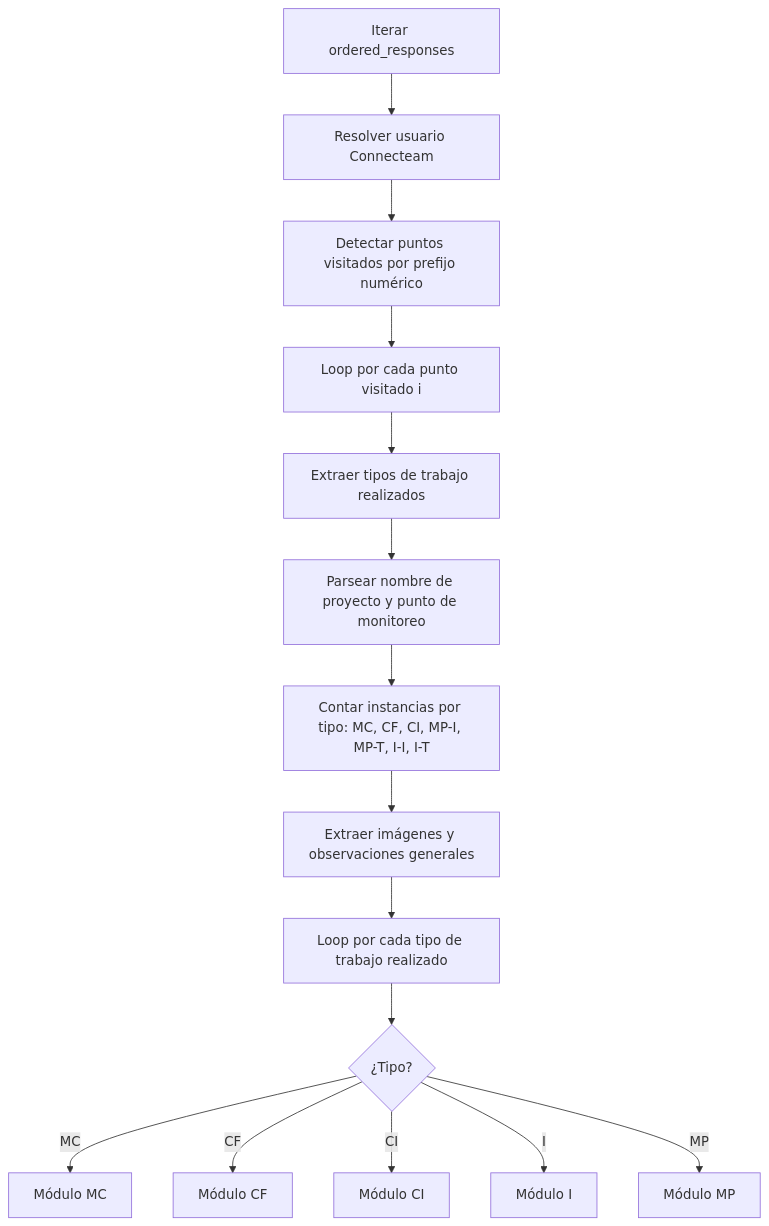
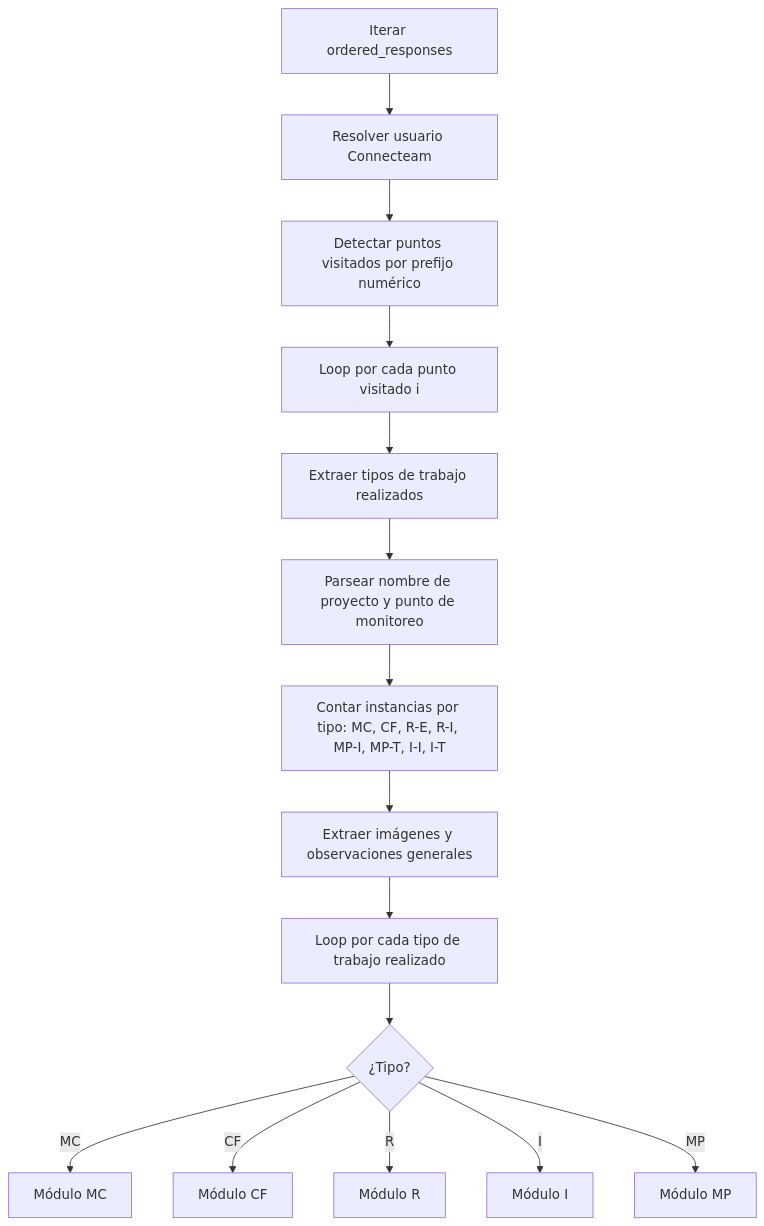
Before and after one commit to dcuerowe/odoo_con_mantenciones: the second of 11 diagrams in pipeline_registro_II/processor_documentation.md, drawn with Mermaid. The commit also changed other lines of this file and 4 other files, not shown here.

````diff
--- a/pipeline_registro_II/processor_documentation.md
+++ b/pipeline_registro_II/processor_documentation.md
@@ -98,17 +105,17 @@
 ```mermaid
 flowchart TD
     A[Iterar ordered_responses] --> B[Resolver usuario Connecteam]
     B --> C[Detectar puntos visitados por prefijo numérico]
     C --> D[Loop por cada punto visitado i]
     D --> E[Extraer tipos de trabajo realizados]
     E --> F[Parsear nombre de proyecto y punto de monitoreo]
-    F --> G[Contar instancias por tipo: MC, CF, CI, MP-I, MP-T, I-I, I-T]
+    F --> G[Contar instancias por tipo: MC, CF, R-E, R-I, MP-I, MP-T, I-I, I-T]
     G --> H[Extraer imágenes y observaciones generales]
     H --> I[Loop por cada tipo de trabajo realizado]
     I --> J{"¿Tipo?"}
     J -->|MC| K[Módulo MC]
     J -->|CF| L[Módulo CF]
-    J -->|CI| M[Módulo CI]
+    J -->|R| M[Módulo R]
     J -->|I| N[Módulo I]
     J -->|MP| O[Módulo MP]
 ```
````
